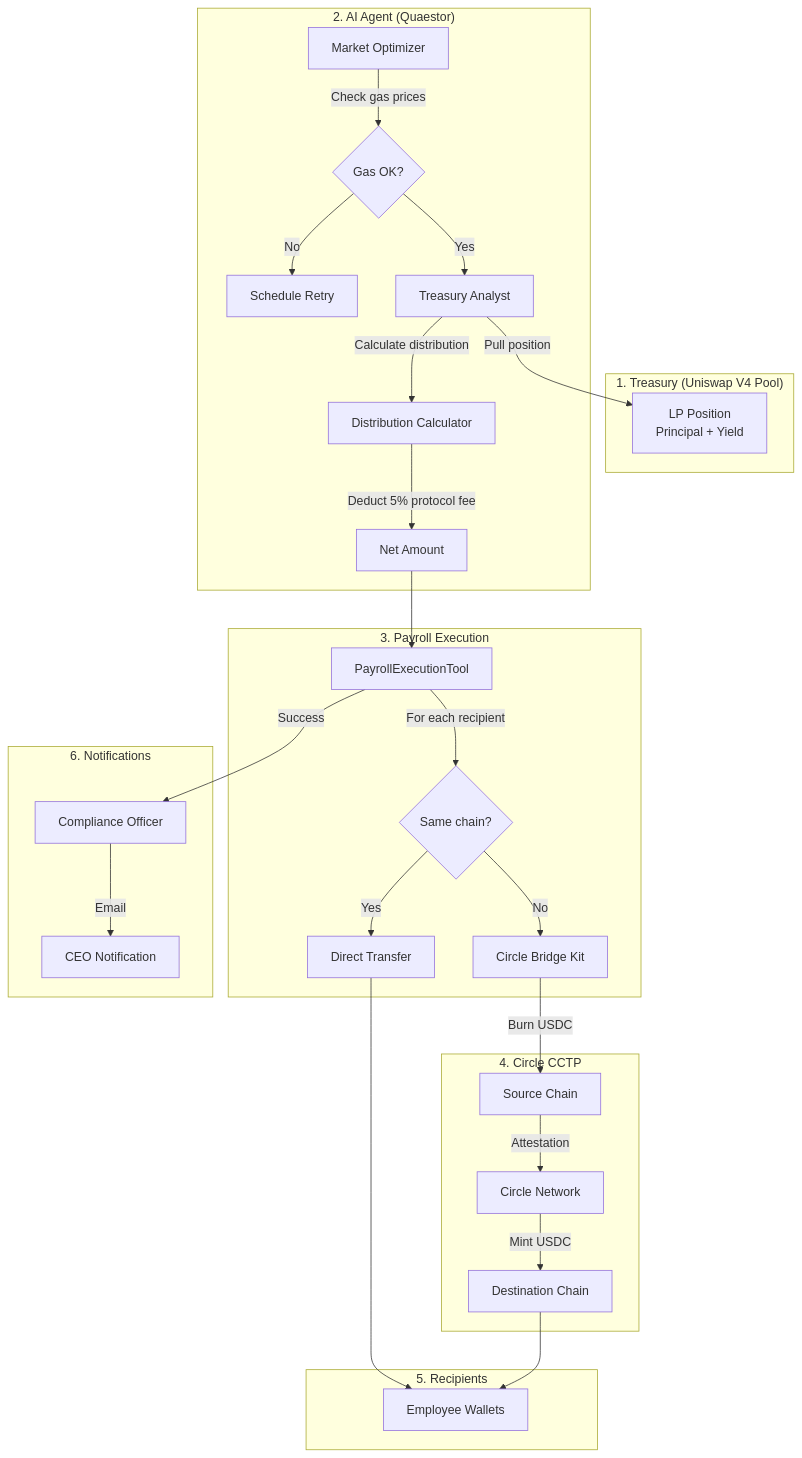
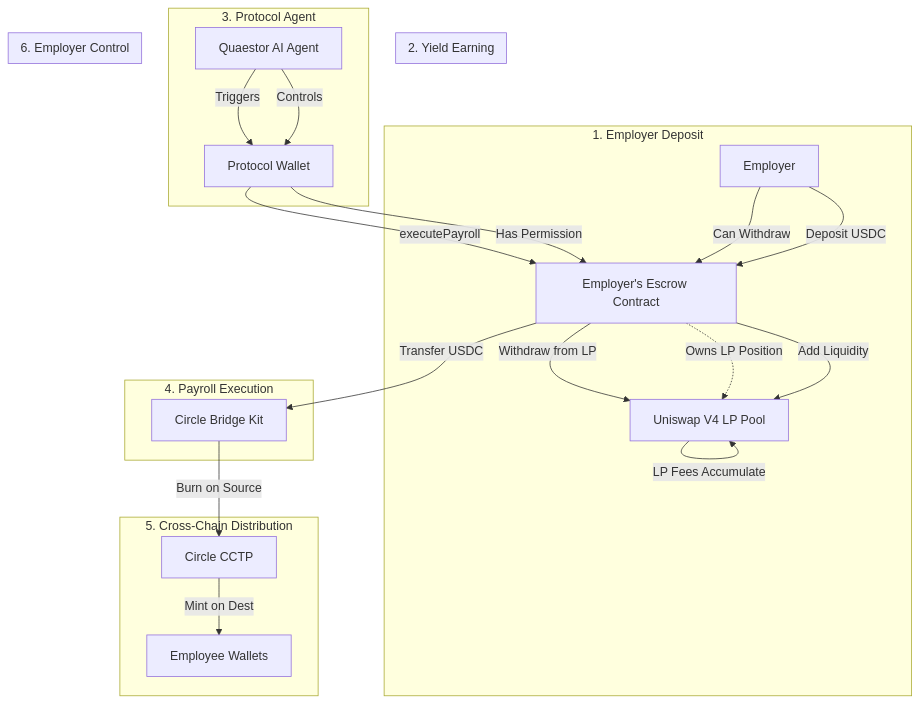
The first of 4 diagrams in docs/bridge-flow.md (furqaannabi/arcflow), drawn with Mermaid before and after one commit. The commit also changed other lines of this file, not shown here.

Commit message:
docs: add escrow architecture to money flow

````diff
--- a/docs/bridge-flow.md
+++ b/docs/bridge-flow.md
@@ -5,38 +5,33 @@
 ```mermaid
 flowchart TD
-    subgraph "1. Treasury (Uniswap V4 Pool)"
-        LP[LP Position<br/>Principal + Yield]
+    subgraph "1. Employer Deposit"
+        E[Employer] -->|Deposit USDC| ESC[Employer's Escrow Contract]
+        ESC -->|Add Liquidity| LP[Uniswap V4 LP Pool]
     end
     
-    subgraph "2. AI Agent (Quaestor)"
-        A[Market Optimizer] -->|Check gas prices| B{Gas OK?}
-        B -->|No| C[Schedule Retry]
-        B -->|Yes| D[Treasury Analyst]
-        D -->|Pull position| LP
-        D -->|Calculate distribution| E[Distribution Calculator]
-        E -->|Deduct 5% protocol fee| F[Net Amount]
+    subgraph "2. Yield Earning"
+        LP -->|LP Fees Accumulate| LP
+        ESC -.->|Owns LP Position| LP
     end
     
-    subgraph "3. Payroll Execution"
-        F --> G[PayrollExecutionTool]
-        G -->|For each recipient| H{Same chain?}
-        H -->|Yes| I[Direct Transfer]
-        H -->|No| J[Circle Bridge Kit]
+    subgraph "3. Protocol Agent"
+        P[Protocol Wallet] -->|Has Permission| ESC
+        AI[Quaestor AI Agent] -->|Controls| P
     end
     
-    subgraph "4. Circle CCTP"
-        J -->|Burn USDC| K[Source Chain]
-        K -->|Attestation| L[Circle Network]
-        L -->|Mint USDC| M[Destination Chain]
+    subgraph "4. Payroll Execution"
+        AI -->|Triggers| P
+        P -->|executePayroll| ESC
+        ESC -->|Withdraw from LP| LP
+        ESC -->|Transfer USDC| BRIDGE[Circle Bridge Kit]
     end
     
-    subgraph "5. Recipients"
-        I --> N[Employee Wallets]
-        M --> N
+    subgraph "5. Cross-Chain Distribution"
+        BRIDGE -->|Burn on Source| CCTP[Circle CCTP]
+        CCTP -->|Mint on Dest| EMP[Employee Wallets]
     end
     
-    subgraph "6. Notifications"
-        G -->|Success| O[Compliance Officer]
-        O -->|Email| P[CEO Notification]
+    subgraph "6. Employer Control"
+        E -->|Can Withdraw| ESC
     end
 ```
````
